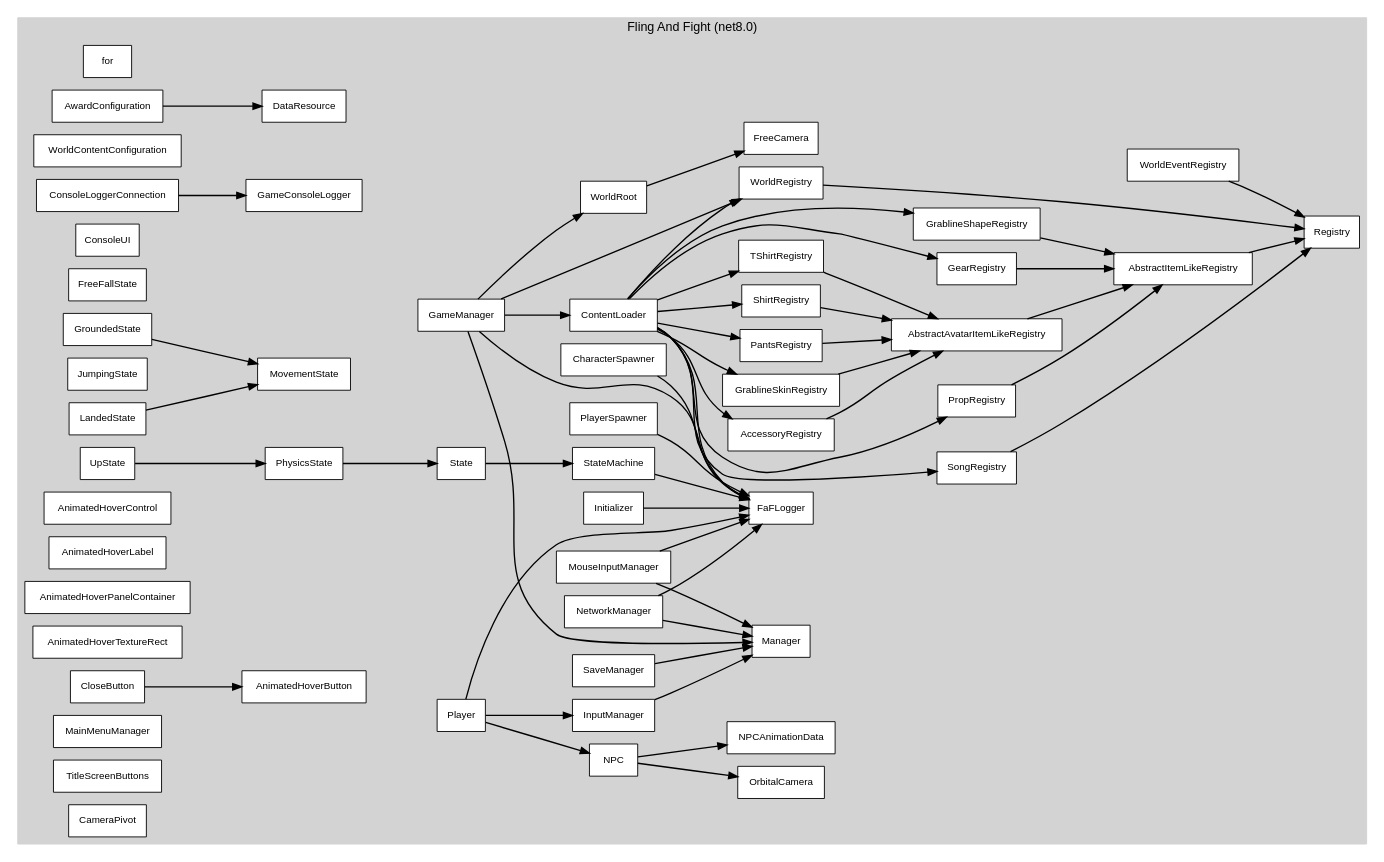
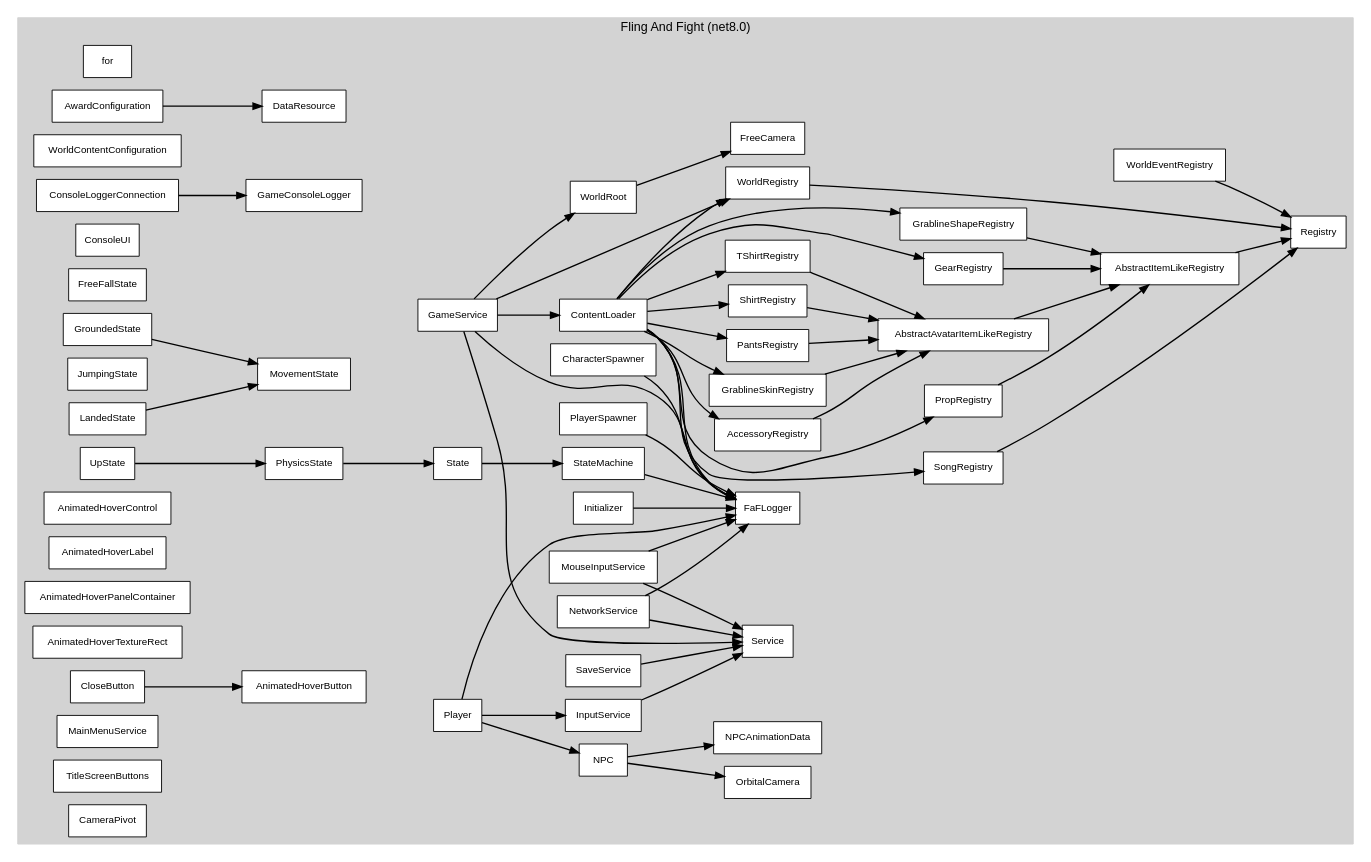
Before and after one commit to Nikaxe-dev/Fling-And-Fight: the diagram in FaF-GODOT/class-dependency-graph.dot, drawn with Graphviz. The commit also changed 17 other files, not shown here.

```diff
--- a/FaF-GODOT/class-dependency-graph.dot
+++ b/FaF-GODOT/class-dependency-graph.dot
@@ -8,7 +8,7 @@
     style="filled";
     color="lightgray";
 
-    "Fling And Fight.Manager" [label="Manager", fillcolor=white, tooltip="FaF.Core.Manager"];
+    "Fling And Fight.Service" [label="Service", fillcolor=white, tooltip="FaF.Core.Service"];
     "Fling And Fight.ContentLoader" [label="ContentLoader", fillcolor=white, tooltip="FaF.Data.ContentLoader"];
     "Fling And Fight.for" [label="for", fillcolor=white, tooltip="FaF.Data.RegistryObjects.for"];
     "Fling And Fight.AbstractAvatarItemLikeRegistry" [label="AbstractAvatarItemLikeRegistry", fillcolor=white, tooltip="FaF.Data.RegistryObjects.AbstractAvatarItemLikeRegistry"];
@@ -33,9 +33,9 @@
     "Fling And Fight.ConsoleLoggerConnection" [label="ConsoleLoggerConnection", fillcolor=white, tooltip="FaF.Debug.Console.ConsoleLoggerConnection"];
     "Fling And Fight.ConsoleUI" [label="ConsoleUI", fillcolor=white, tooltip="FaF.Debug.Console.ConsoleUI"];
     "Fling And Fight.FaFLogger" [label="FaFLogger", fillcolor=white, tooltip="FaF.Debug.FaFLogger"];
-    "Fling And Fight.GameManager" [label="GameManager", fillcolor=white, tooltip="FaF.Game.GameManager"];
+    "Fling And Fight.GameService" [label="GameService", fillcolor=white, tooltip="FaF.Game.GameService"];
     "Fling And Fight.CharacterSpawner" [label="CharacterSpawner", fillcolor=white, tooltip="FaF.Game.Networking.CharacterSpawner"];
-    "Fling And Fight.NetworkManager" [label="NetworkManager", fillcolor=white, tooltip="FaF.Game.Networking.NetworkManager"];
+    "Fling And Fight.NetworkService" [label="NetworkService", fillcolor=white, tooltip="FaF.Game.Networking.NetworkService"];
     "Fling And Fight.PlayerSpawner" [label="PlayerSpawner", fillcolor=white, tooltip="FaF.Game.Networking.PlayerSpawner"];
     "Fling And Fight.Player" [label="Player", fillcolor=white, tooltip="FaF.Game.Players.Player"];
     "Fling And Fight.NPC" [label="NPC", fillcolor=white, tooltip="FaF.Game.Rig.NPC"];
@@ -51,17 +51,17 @@
     "Fling And Fight.UpState" [label="UpState", fillcolor=white, tooltip="FaF.Game.Rig.States.UpState"];
     "Fling And Fight.WorldRoot" [label="WorldRoot", fillcolor=white, tooltip="FaF.Game.World.WorldRoot"];
     "Fling And Fight.Initializer" [label="Initializer", fillcolor=white, tooltip="FaF.Initial.Initializer"];
-    "Fling And Fight.SaveManager" [label="SaveManager", fillcolor=white, tooltip="FaF.Saves.SaveManager"];
+    "Fling And Fight.SaveService" [label="SaveService", fillcolor=white, tooltip="FaF.Saves.SaveService"];
     "Fling And Fight.AnimatedHoverButton" [label="AnimatedHoverButton", fillcolor=white, tooltip="FaF.UI.Common.AnimatedHover.AnimatedHoverButton"];
     "Fling And Fight.AnimatedHoverControl" [label="AnimatedHoverControl", fillcolor=white, tooltip="FaF.UI.Common.AnimatedHover.AnimatedHoverControl"];
     "Fling And Fight.AnimatedHoverLabel" [label="AnimatedHoverLabel", fillcolor=white, tooltip="FaF.UI.Common.AnimatedHover.AnimatedHoverLabel"];
     "Fling And Fight.AnimatedHoverPanelContainer" [label="AnimatedHoverPanelContainer", fillcolor=white, tooltip="FaF.UI.Common.AnimatedHover.AnimatedHoverPanelContainer"];
     "Fling And Fight.AnimatedHoverTextureRect" [label="AnimatedHoverTextureRect", fillcolor=white, tooltip="FaF.UI.Common.AnimatedHover.AnimatedHoverTextureRect"];
     "Fling And Fight.CloseButton" [label="CloseButton", fillcolor=white, tooltip=".CloseButton"];
-    "Fling And Fight.MainMenuManager" [label="MainMenuManager", fillcolor=white, tooltip="FaF.UI.MainMenu.MainMenuManager"];
+    "Fling And Fight.MainMenuService" [label="MainMenuService", fillcolor=white, tooltip="FaF.UI.MainMenu.MainMenuService"];
     "Fling And Fight.TitleScreenButtons" [label="TitleScreenButtons", fillcolor=white, tooltip="FaF.UI.MainMenu.TitleScreenButtons"];
-    "Fling And Fight.InputManager" [label="InputManager", fillcolor=white, tooltip="FaF.UserInput.InputManager"];
-    "Fling And Fight.MouseInputManager" [label="MouseInputManager", fillcolor=white, tooltip="FaF.UserInput.MouseInputManager"];
+    "Fling And Fight.InputService" [label="InputService", fillcolor=white, tooltip="FaF.UserInput.InputService"];
+    "Fling And Fight.MouseInputService" [label="MouseInputService", fillcolor=white, tooltip="FaF.UserInput.MouseInputService"];
     "Fling And Fight.CameraPivot" [label="CameraPivot", fillcolor=white, tooltip="FaF.Visuals.Camera.CameraPivot"];
     "Fling And Fight.FreeCamera" [label="FreeCamera", fillcolor=white, tooltip="FaF.Visuals.Camera.FreeCamera"];
     "Fling And Fight.OrbitalCamera" [label="OrbitalCamera", fillcolor=white, tooltip="FaF.Visuals.Camera.OrbitalCamera"];
@@ -93,17 +93,17 @@
   "Fling And Fight.WorldEventRegistry" -> "Fling And Fight.Registry" [penwidth=1.5];
   "Fling And Fight.WorldRegistry" -> "Fling And Fight.Registry" [penwidth=1.5];
   "Fling And Fight.ConsoleLoggerConnection" -> "Fling And Fight.GameConsoleLogger" [penwidth=1.5];
-  "Fling And Fight.GameManager" -> "Fling And Fight.Manager" [penwidth=1.5];
-  "Fling And Fight.GameManager" -> "Fling And Fight.FaFLogger" [penwidth=1.5];
-  "Fling And Fight.GameManager" -> "Fling And Fight.ContentLoader" [penwidth=1.5];
-  "Fling And Fight.GameManager" -> "Fling And Fight.WorldRoot" [penwidth=1.5];
-  "Fling And Fight.GameManager" -> "Fling And Fight.WorldRegistry" [penwidth=1.5];
+  "Fling And Fight.GameService" -> "Fling And Fight.Service" [penwidth=1.5];
+  "Fling And Fight.GameService" -> "Fling And Fight.FaFLogger" [penwidth=1.5];
+  "Fling And Fight.GameService" -> "Fling And Fight.ContentLoader" [penwidth=1.5];
+  "Fling And Fight.GameService" -> "Fling And Fight.WorldRoot" [penwidth=1.5];
+  "Fling And Fight.GameService" -> "Fling And Fight.WorldRegistry" [penwidth=1.5];
   "Fling And Fight.CharacterSpawner" -> "Fling And Fight.FaFLogger" [penwidth=1.5];
-  "Fling And Fight.NetworkManager" -> "Fling And Fight.Manager" [penwidth=1.5];
-  "Fling And Fight.NetworkManager" -> "Fling And Fight.FaFLogger" [penwidth=1.5];
+  "Fling And Fight.NetworkService" -> "Fling And Fight.Service" [penwidth=1.5];
+  "Fling And Fight.NetworkService" -> "Fling And Fight.FaFLogger" [penwidth=1.5];
   "Fling And Fight.PlayerSpawner" -> "Fling And Fight.FaFLogger" [penwidth=1.5];
   "Fling And Fight.Player" -> "Fling And Fight.FaFLogger" [penwidth=1.5];
-  "Fling And Fight.Player" -> "Fling And Fight.InputManager" [penwidth=1.5];
+  "Fling And Fight.Player" -> "Fling And Fight.InputService" [penwidth=1.5];
   "Fling And Fight.Player" -> "Fling And Fight.NPC" [penwidth=1.5];
   "Fling And Fight.NPC" -> "Fling And Fight.OrbitalCamera" [penwidth=1.5];
   "Fling And Fight.NPC" -> "Fling And Fight.NPCAnimationData" [penwidth=1.5];
@@ -115,9 +115,9 @@
   "Fling And Fight.UpState" -> "Fling And Fight.PhysicsState" [penwidth=1.5];
   "Fling And Fight.WorldRoot" -> "Fling And Fight.FreeCamera" [penwidth=1.5];
   "Fling And Fight.Initializer" -> "Fling And Fight.FaFLogger" [penwidth=1.5];
-  "Fling And Fight.SaveManager" -> "Fling And Fight.Manager" [penwidth=1.5];
+  "Fling And Fight.SaveService" -> "Fling And Fight.Service" [penwidth=1.5];
   "Fling And Fight.CloseButton" -> "Fling And Fight.AnimatedHoverButton" [penwidth=1.5];
-  "Fling And Fight.InputManager" -> "Fling And Fight.Manager" [penwidth=1.5];
-  "Fling And Fight.MouseInputManager" -> "Fling And Fight.Manager" [penwidth=1.5];
-  "Fling And Fight.MouseInputManager" -> "Fling And Fight.FaFLogger" [penwidth=1.5];
+  "Fling And Fight.InputService" -> "Fling And Fight.Service" [penwidth=1.5];
+  "Fling And Fight.MouseInputService" -> "Fling And Fight.Service" [penwidth=1.5];
+  "Fling And Fight.MouseInputService" -> "Fling And Fight.FaFLogger" [penwidth=1.5];
 }
```
